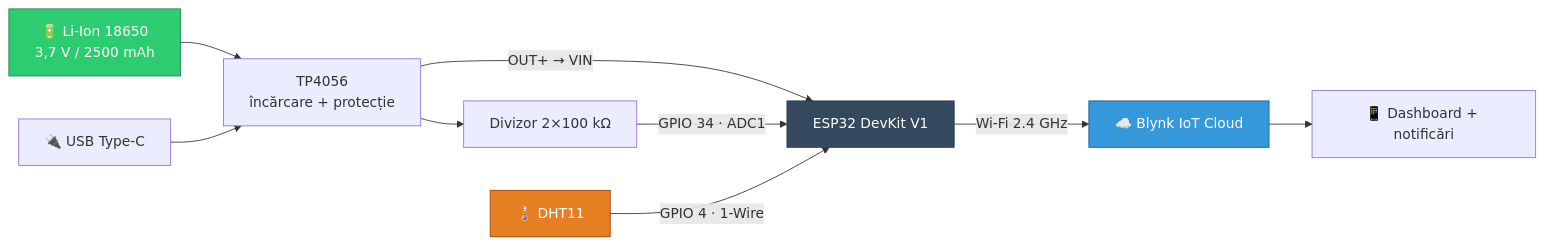
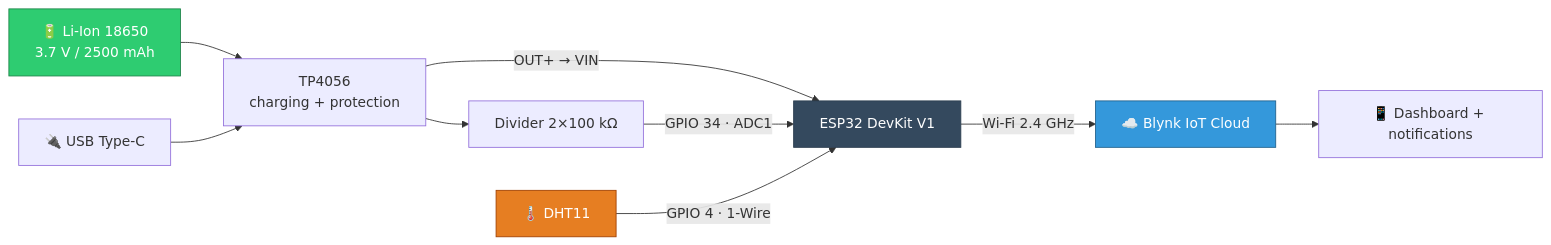
The first of 3 diagrams in README.md (StefanHoria/KenoTemp-IoT-Weather-Station), drawn with Mermaid before and after one commit. The commit also changed other lines of this file and 1 other file, not shown here.

````diff
--- a/README.md
+++ b/README.md
@@ -156,16 +158,16 @@
 ```mermaid
 graph LR
-    BAT["🔋 Li-Ion 18650<br/>3,7 V / 2500 mAh"] --> TP["TP4056<br/>încărcare + protecție"]
+    BAT["🔋 Li-Ion 18650<br/>3.7 V / 2500 mAh"] --> TP["TP4056<br/>charging + protection"]
     USB["🔌 USB Type-C"] --> TP
     TP -->|"OUT+ → VIN"| ESP["ESP32 DevKit V1"]
-    TP --> DIV["Divizor 2×100 kΩ"]
+    TP --> DIV["Divider 2×100 kΩ"]
     DIV -->|"GPIO 34 · ADC1"| ESP
     DHT["🌡️ DHT11"] -->|"GPIO 4 · 1-Wire"| ESP
     ESP -->|"Wi-Fi 2.4 GHz"| CLOUD["☁️ Blynk IoT Cloud"]
-    CLOUD --> PHONE["📱 Dashboard + notificări"]
+    CLOUD --> PHONE["📱 Dashboard + notifications"]
 
     style BAT fill:#2ECC71,stroke:#1e8449,color:#fff
     style ESP fill:#34495E,stroke:#2c3e50,color:#fff
     style CLOUD fill:#3498DB,stroke:#21618c,color:#fff
     style DHT fill:#E67E22,stroke:#a04000,color:#fff
 ```
````
